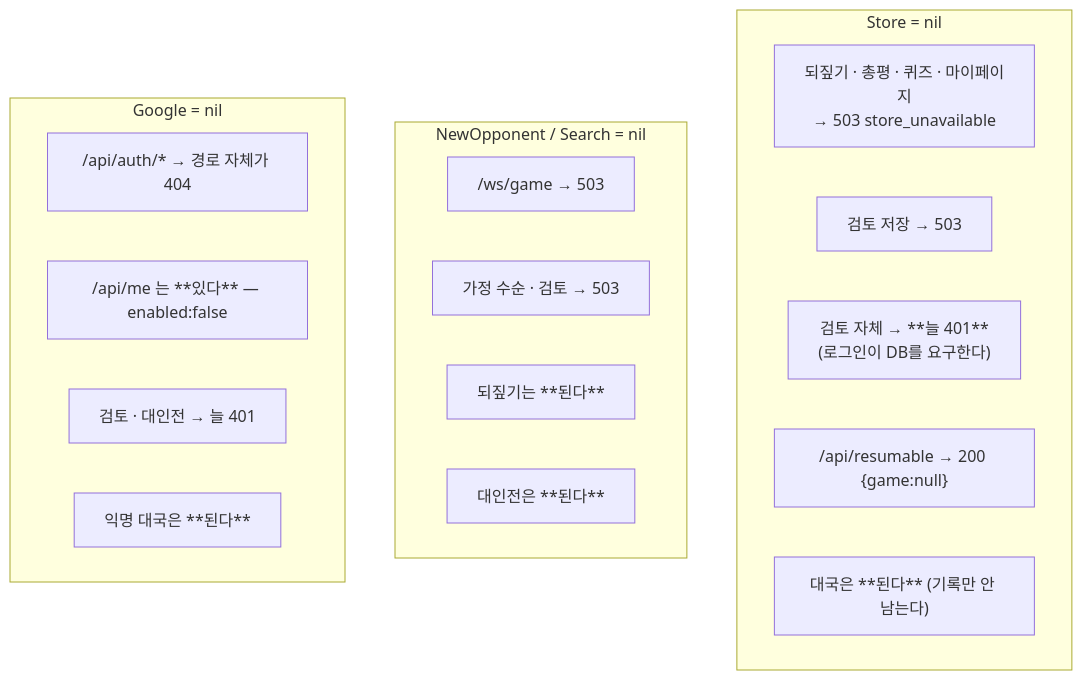
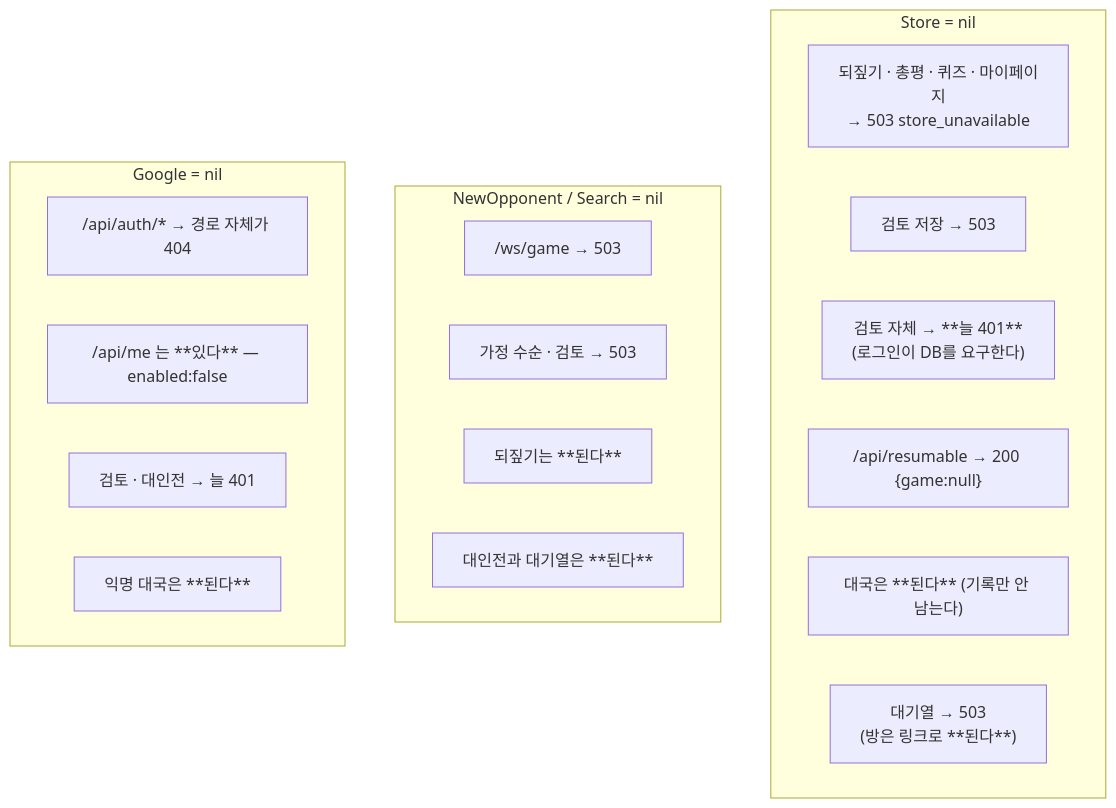
Before and after one commit to jovid18/show-gi: the eighth of 8 diagrams in docs/spec/architecture.md, drawn with Mermaid. The commit also changed other lines of this file and 35 other files, not shown here.

````diff
--- a/docs/spec/architecture.md
+++ b/docs/spec/architecture.md
@@ -340,25 +344,26 @@
 ```mermaid
 flowchart TB
     subgraph nostore["Store = nil"]
         direction LR
         N1["되짚기 · 총평 · 퀴즈 · 마이페이지<br/>→ 503 store_unavailable"]
         N2["검토 저장 → 503"]
         N5["검토 자체 → **늘 401**<br/>(로그인이 DB를 요구한다)"]
         N3["/api/resumable → 200 {game:null}"]
         N4["대국은 **된다** (기록만 안 남는다)"]
+        N6["대기열 → 503<br/>(방은 링크로 **된다**)"]
     end
     subgraph noengine["NewOpponent / Search = nil"]
         direction LR
         M1["/ws/game → 503"]
         M2["가정 수순 · 검토 → 503"]
         M3["되짚기는 **된다**"]
-        M4["대인전은 **된다**"]
+        M4["대인전과 대기열은 **된다**"]
     end
     subgraph noauth["Google = nil"]
         direction LR
         A1["/api/auth/* → 경로 자체가 404"]
         A2["/api/me 는 **있다** — enabled:false"]
         A3["검토 · 대인전 → 늘 401"]
         A4["익명 대국은 **된다**"]
     end
 ```
````
